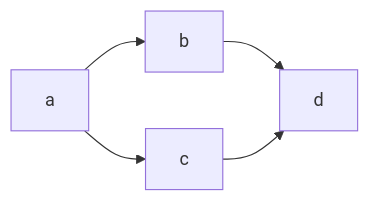
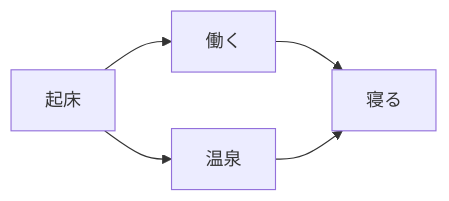
The second of 2 diagrams in README.md (testkun08080/zenn-docs), drawn with Mermaid before and after one commit. The commit also changed other lines of this file, not shown here.

````diff
--- a/README.md
+++ b/README.md
@@ -200,4 +187,4 @@
 ```mermaid
 graph LR
-   a --> b & c--> d
+   起床 --> 働く & 温泉--> 寝る
 ```
````
